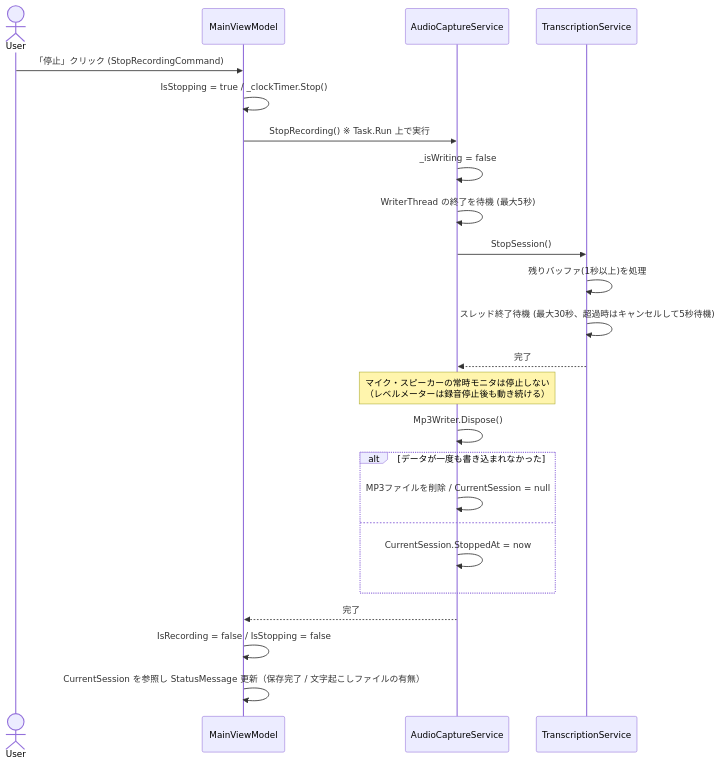
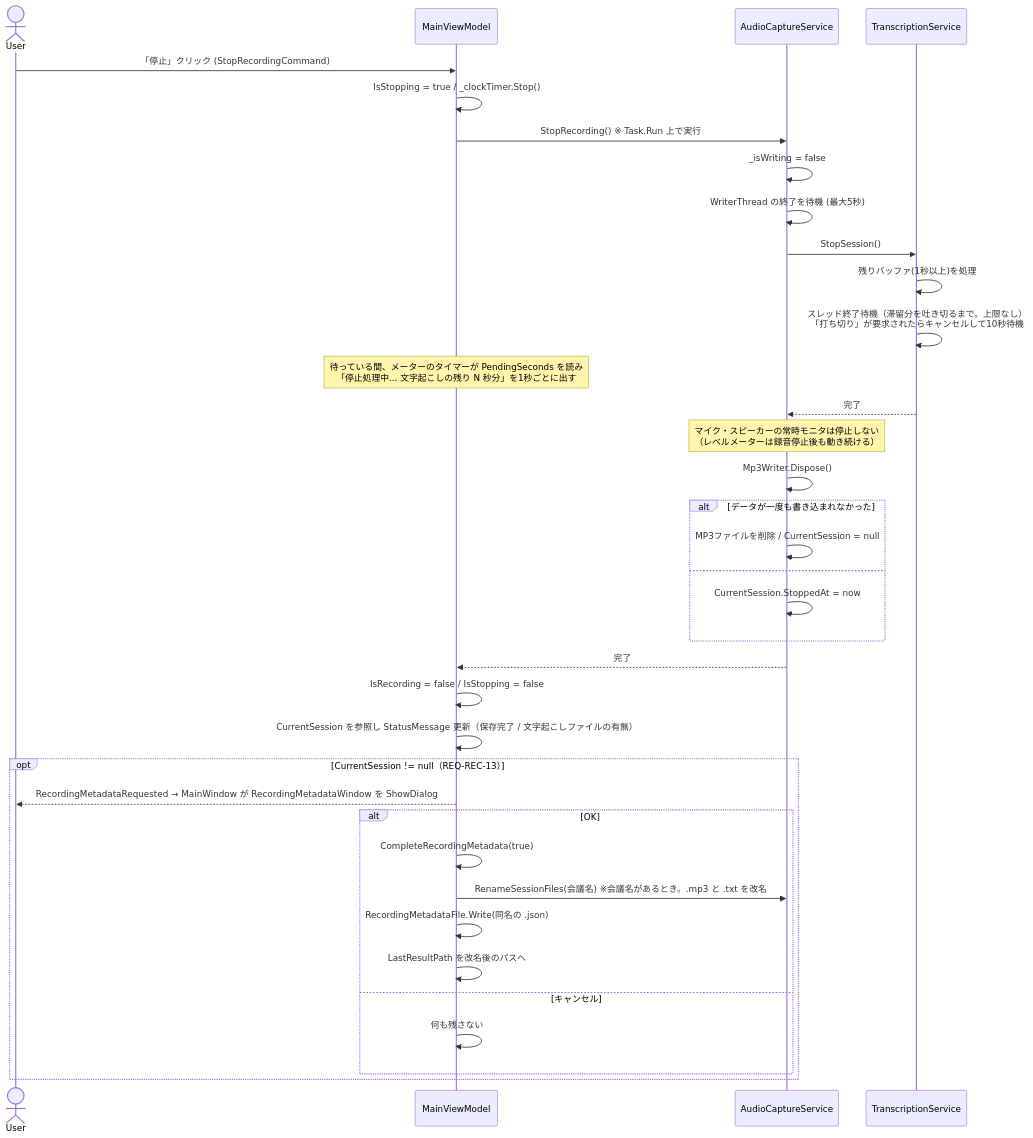
One commit to otomac/audio-capture-app changed the fourth of 9 diagrams in docs/spec/04_sequence_diagram.md. Above: the diagram before and after it, drawn with Mermaid. The commit also changed other lines of this file and 58 other files, not shown here.

````diff
--- a/docs/spec/04_sequence_diagram.md
+++ b/docs/spec/04_sequence_diagram.md
@@ -116,30 +117,43 @@
 ```mermaid
 sequenceDiagram
     actor User
     participant VM as MainViewModel
     participant ACS as AudioCaptureService
     participant TS as TranscriptionService
 
     User->>VM: 「停止」クリック (StopRecordingCommand)
     VM->>VM: IsStopping = true / _clockTimer.Stop()
     VM->>ACS: StopRecording() ※ Task.Run 上で実行
 
     ACS->>ACS: _isWriting = false
     ACS->>ACS: WriterThread の終了を待機 (最大5秒)
     ACS->>TS: StopSession()
     TS->>TS: 残りバッファ(1秒以上)を処理
-    TS->>TS: スレッド終了待機 (最大30秒、超過時はキャンセルして5秒待機)
+    TS->>TS: スレッド終了待機（滞留分を吐き切るまで。上限なし）<br/>「打ち切り」が要求されたらキャンセルして10秒待機
+    Note over VM: 待っている間、メーターのタイマーが PendingSeconds を読み<br/>「停止処理中... 文字起こしの残り N 秒分」を1秒ごとに出す
     TS-->>ACS: 完了
 
     Note over ACS: マイク・スピーカーの常時モニタは停止しない<br/>（レベルメーターは録音停止後も動き続ける）
     ACS->>ACS: Mp3Writer.Dispose()
     alt データが一度も書き込まれなかった
         ACS->>ACS: MP3ファイルを削除 / CurrentSession = null
     else
         ACS->>ACS: CurrentSession.StoppedAt = now
     end
     ACS-->>VM: 完了
 
     VM->>VM: IsRecording = false / IsStopping = false
     VM->>VM: CurrentSession を参照し StatusMessage 更新（保存完了 / 文字起こしファイルの有無）
+
+    opt CurrentSession != null（REQ-REC-13）
+        VM-->>User: RecordingMetadataRequested → MainWindow が RecordingMetadataWindow を ShowDialog
+        alt OK
+            VM->>VM: CompleteRecordingMetadata(true)
+            VM->>ACS: RenameSessionFiles(会議名) ※会議名があるとき。.mp3 と .txt を改名
+            VM->>VM: RecordingMetadataFile.Write(同名の .json)
+            VM->>VM: LastResultPath を改名後のパスへ
+        else キャンセル
+            VM->>VM: 何も残さない
+        end
+    end
 ```
````
